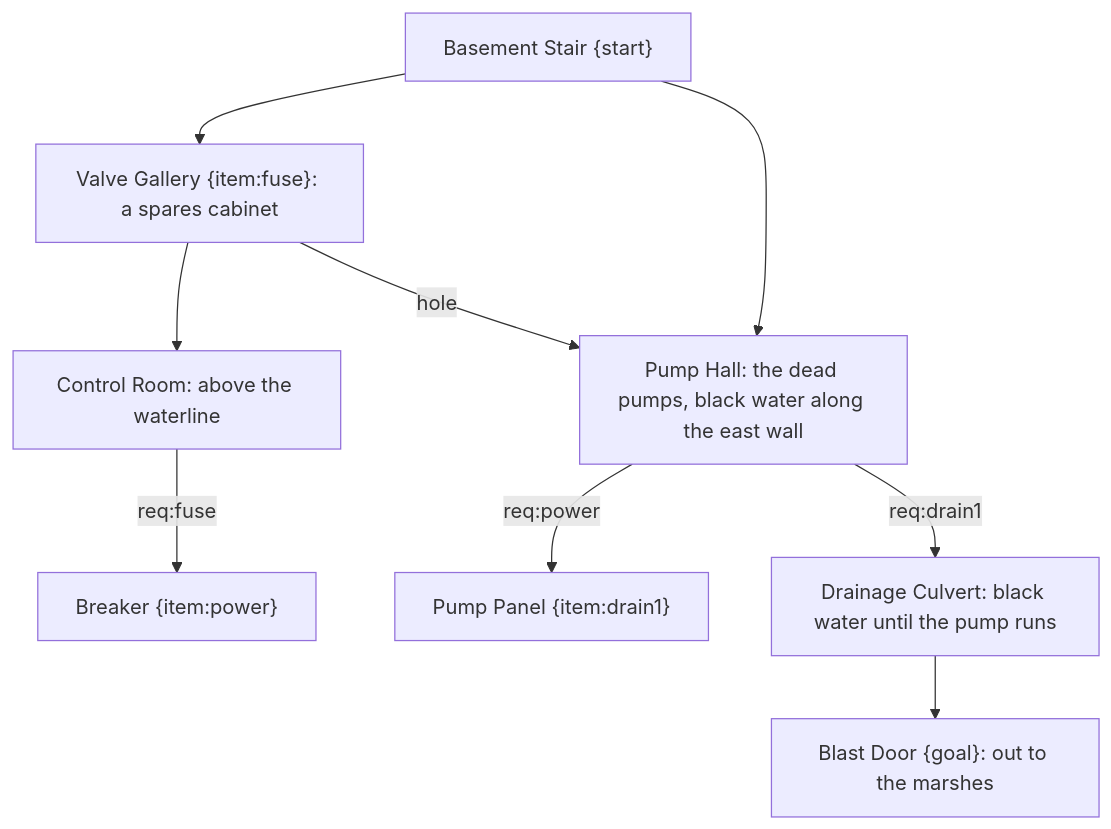
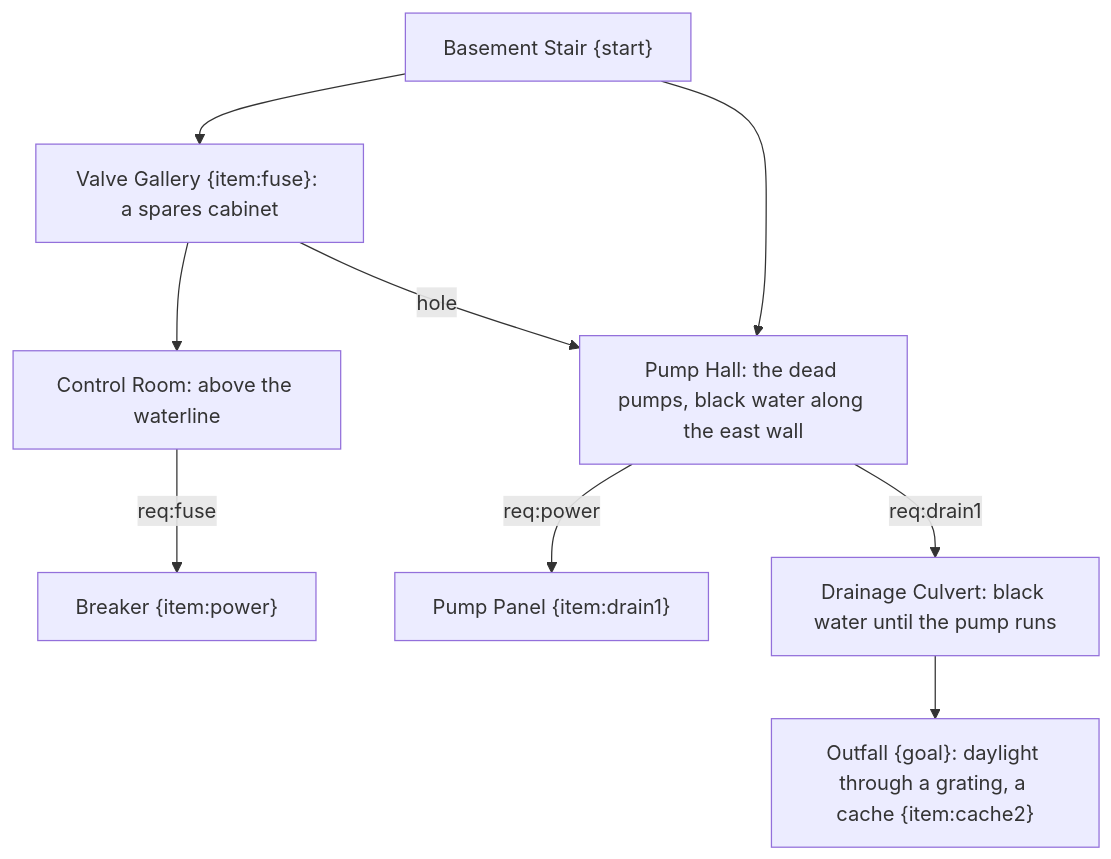
One commit to grimmylock/agora-vai-action changed the diagram in ArtSource/plans/dungeons/pumping_basement.mmd. Above: the diagram before and after it, drawn with Mermaid. The commit also changed 11 other files, not shown here.

```diff
--- a/ArtSource/plans/dungeons/pumping_basement.mmd
+++ b/ArtSource/plans/dungeons/pumping_basement.mmd
@@ -1,12 +1,12 @@
 %% Pumping Station Basement (T1, under the marshes). Theme: flooded pump hall. Locks: POWER (dead pumps), DRAIN (the culvert's black water until the pump runs). Chain: valve gallery spares -> fuse -> control-room breaker -> power -> pump panel -> culvert drains -> blast door exit.
 %% start: St
 %% goal: Bd
 flowchart TD
   St["Basement Stair {start}"] --> Ph["Pump Hall: the dead pumps, black water along the east wall"]
   St --> Vg["Valve Gallery {item:fuse}: a spares cabinet"]
   Vg --> Cr["Control Room: above the waterline"]
   Cr -->|req:fuse| Br["Breaker {item:power}"]
   Ph -->|req:power| Pp["Pump Panel {item:drain1}"]
   Ph -->|req:drain1| Cu["Drainage Culvert: black water until the pump runs"]
-  Cu --> Bd["Blast Door {goal}: out to the marshes"]
+  Cu --> Bd["Outfall {goal}: daylight through a grating, a cache {item:cache2}"]
   Vg -->|hole| Ph
```
